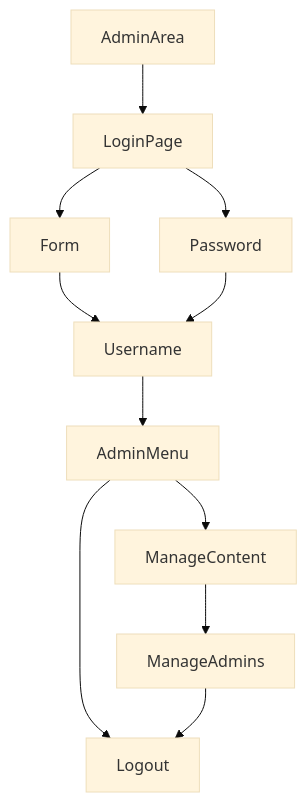
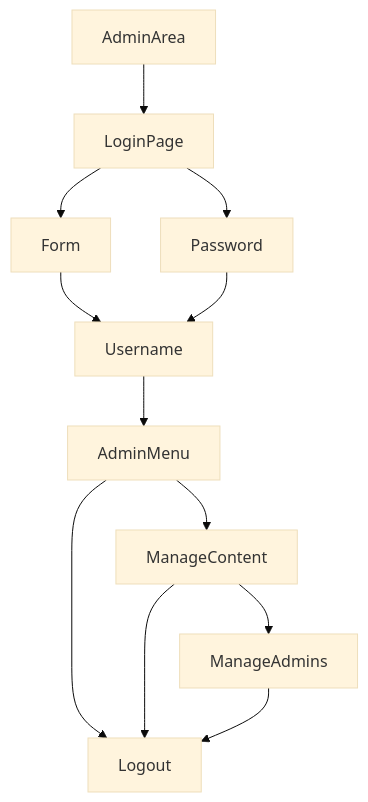
One commit to HeidiJay/Content-Management-System changed the second of 3 diagrams in README.md. Above: the diagram before and after it, drawn with Mermaid (base theme).

Commit message:
readme test 1.4 mapping

````diff
--- a/README.md
+++ b/README.md
@@ -9,13 +9,14 @@
 ```mermaid
 graph TD;
     AdminArea-->LoginPage;
     LoginPage-->Form;
     LoginPage-->Password;
     Form-->Username;
     Password-->Username;
     Username-->AdminMenu;
     AdminMenu-->ManageContent;
     AdminMenu-->Logout;
     ManageContent-->ManageAdmins;
+    ManageContent-->Logout;
     ManageAdmins-->Logout;
 ```
````
